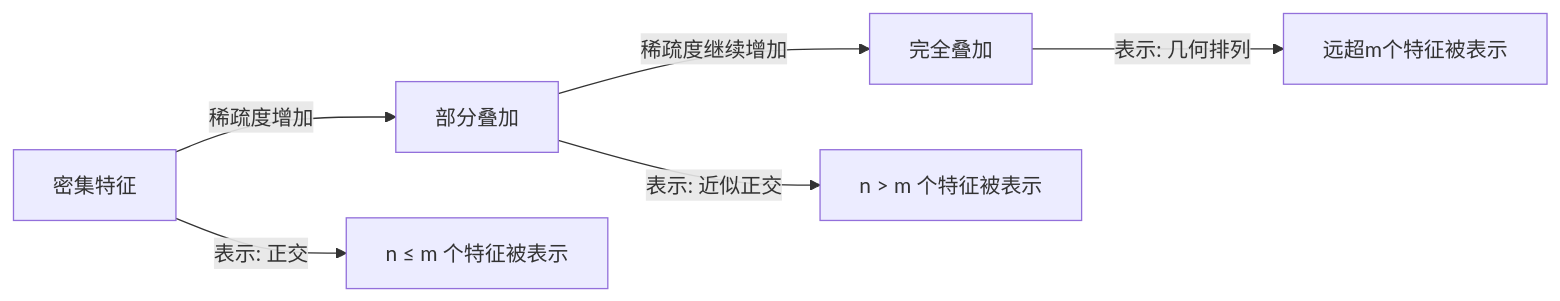
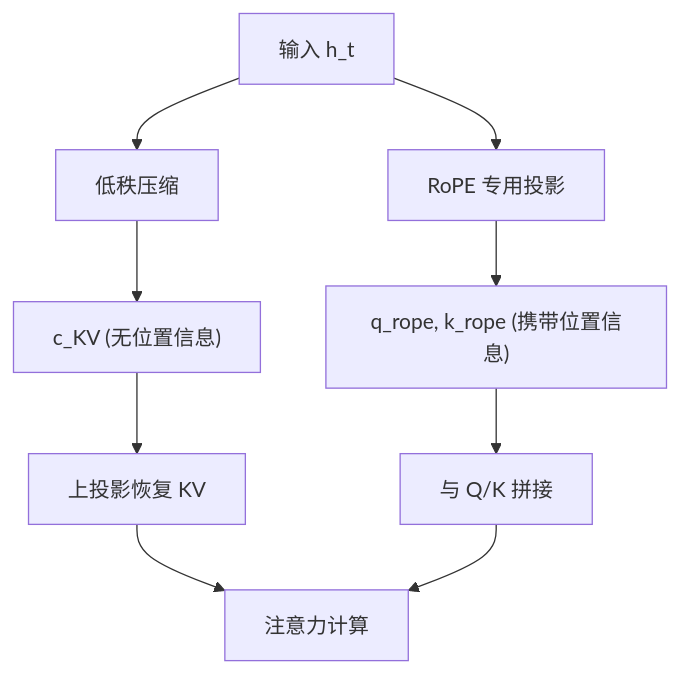
The fourth of 9 diagrams in 02_embedding/advanced.md (kyksj-1/LLM-from-0), drawn with Mermaid before and after one commit. The commit also changed other lines of this file and 4 other files, not shown here.

````diff
--- a/02_embedding/advanced.md
+++ b/02_embedding/advanced.md
@@ -133,9 +139,14 @@
 ```mermaid
-graph LR
-    A[密集特征] -->|"稀疏度增加"| B[部分叠加]
-    B -->|"稀疏度继续增加"| C[完全叠加]
+graph TB
+    A[输入 h_t] --> B[低秩压缩]
+    A --> C[RoPE 专用投影]
 
-    A -->|"表示: 正交"| A1[n ≤ m 个特征被表示]
-    B -->|"表示: 近似正交"| B1[n > m 个特征被表示]
-    C -->|"表示: 几何排列"| C1[远超m个特征被表示]
+    B --> D["c_KV (无位置信息)"]
+    C --> E["q_rope, k_rope (携带位置信息)"]
+
+    D --> F[上投影恢复 KV]
+    E --> G[与 Q/K 拼接]
+
+    F --> H[注意力计算]
+    G --> H
 ```
````
